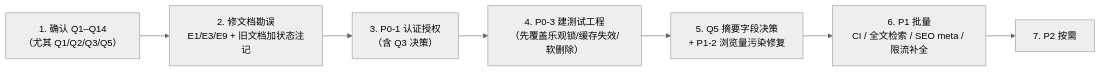
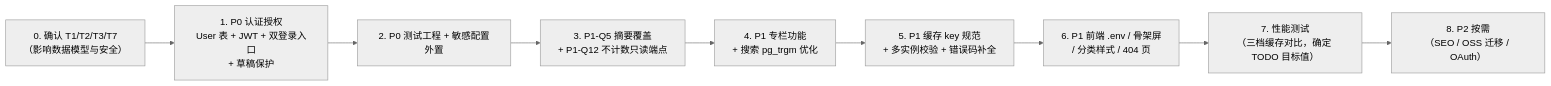
Before and after one commit to whyitsy/blog-CI-CD: the diagram in docs/suggestion.md, drawn with Mermaid (neutral theme). The commit also changed other lines of this file and 12 other files, not shown here.

````diff
--- a/docs/suggestion.md
+++ b/docs/suggestion.md
@@ -188,10 +119,12 @@
 ```mermaid
 flowchart LR
-  S1["1. 确认 Q1–Q14<br/>（尤其 Q1/Q2/Q3/Q5）"] --> S2
-  S2["2. 修文档勘误<br/>E1/E3/E9 + 旧文档加状态注记"] --> S3
-  S3["3. P0-1 认证授权<br/>（含 Q3 决策）"] --> S4
-  S4["4. P0-3 建测试工程<br/>（先覆盖乐观锁/缓存失效/软删除）"] --> S5
-  S5["5. Q5 摘要字段决策<br/>+ P1-2 浏览量污染修复"] --> S6
-  S6["6. P1 批量<br/>CI / 全文检索 / SEO meta / 限流补全"] --> S7
-  S7["7. P2 按需"]
+  S0["0. 确认 T1/T2/T3/T7<br/>（影响数据模型与安全）"] --> S1
+  S1["1. P0 认证授权<br/>User 表 + JWT + 双登录入口<br/>+ 草稿保护"] --> S2
+  S2["2. P0 测试工程 + 敏感配置外置"] --> S3
+  S3["3. P1-Q5 摘要覆盖<br/>+ P1-Q12 不计数只读端点"] --> S4
+  S4["4. P1 专栏功能<br/>+ 搜索 pg_trgm 优化"] --> S5
+  S5["5. P1 缓存 key 规范<br/>+ 多实例校验 + 错误码补全"] --> S6
+  S6["6. P1 前端 .env / 骨架屏<br/>/ 分类样式 / 404 页"] --> S7
+  S7["7. 性能测试<br/>（三档缓存对比，确定 TODO 目标值）"] --> S8
+  S8["8. P2 按需<br/>（SEO / OSS 迁移 / OAuth）"]
 ```
````
